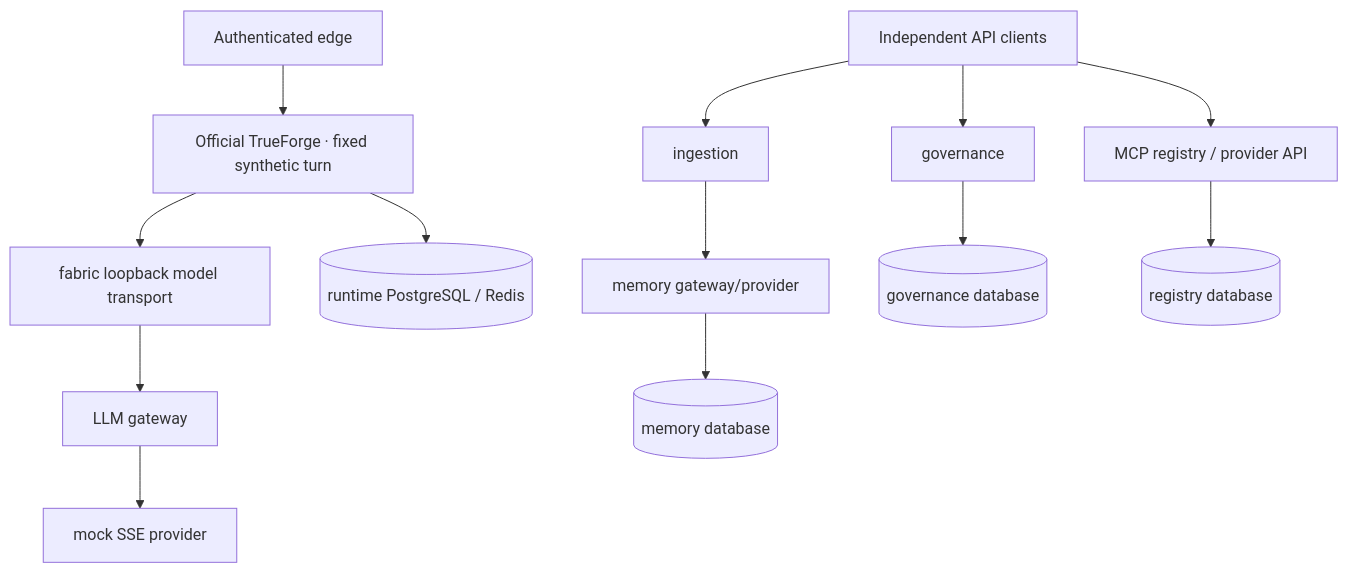
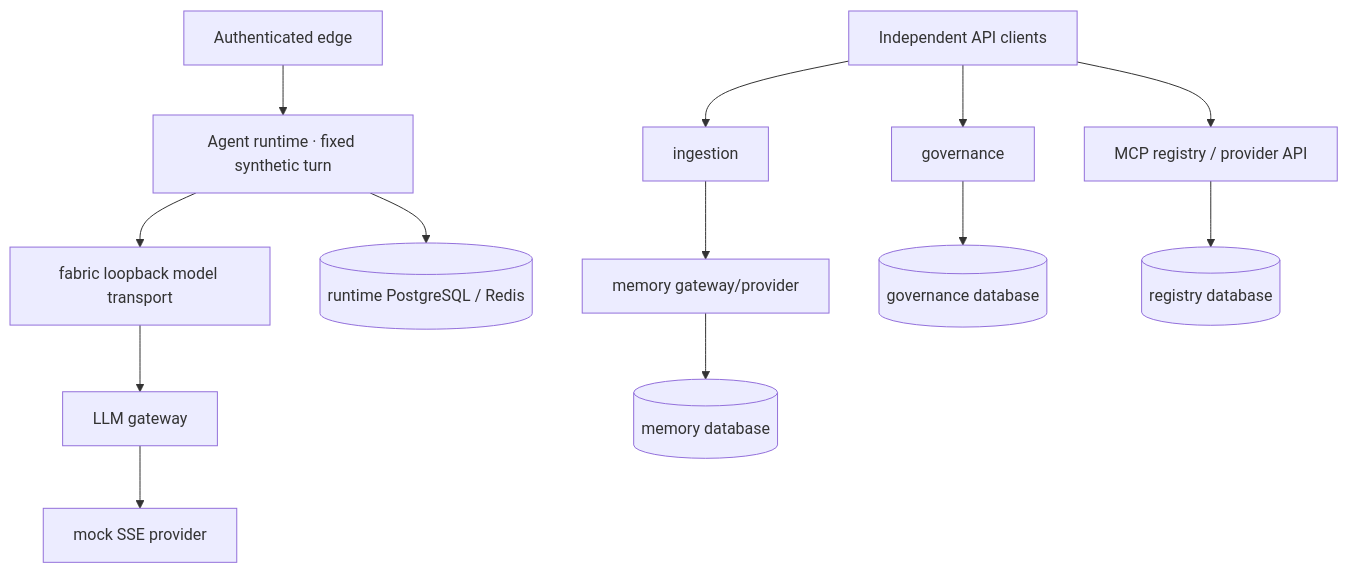
Before and after one commit to diaryfolio/aiops-fabric-docs: the first of 2 diagrams in docs/design/high-level/10-overall/02-runtime-topology-flow.md, drawn with Mermaid. The commit also changed other lines of this file and 57 other files, not shown here.

````diff
--- a/docs/design/high-level/10-overall/02-runtime-topology-flow.md
+++ b/docs/design/high-level/10-overall/02-runtime-topology-flow.md
@@ -11,13 +11,13 @@
 ```mermaid
 flowchart TB
-    API["Authenticated edge"] --> TF["Official TrueForge · fixed synthetic turn"]
+    API["Authenticated edge"] --> TF["Agent runtime · fixed synthetic turn"]
     TF --> Bridge["fabric loopback model transport"]
     Bridge --> LLM["LLM gateway"] --> Mock["mock SSE provider"]
     TF --> State[("runtime PostgreSQL / Redis")]
     Clients["Independent API clients"] --> GOV["governance"]
     Clients --> INGEST["ingestion"] --> MEM["memory gateway/provider"]
     Clients --> MCP["MCP registry / provider API"]
     GOV --> GD[("governance database")]
     MEM --> MD[("memory database")]
     MCP --> XD[("registry database")]
 ```
````
